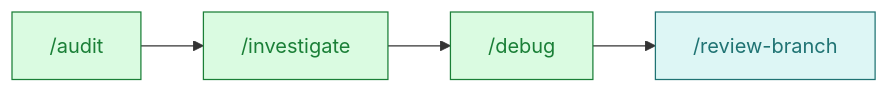
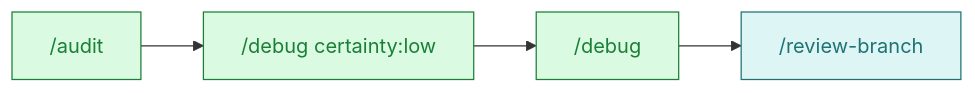
One commit to DoctorMozg/claude-pipelines changed the fourth of 9 diagrams in README.md. Above: the diagram before and after it, drawn with Mermaid. The commit also changed other lines of this file, not shown here.

````diff
--- a/README.md
+++ b/README.md
@@ -69,8 +71,8 @@
 ```mermaid
 flowchart LR
-    A["/audit"]:::pipe --> B["/investigate"]:::pipe
+    A["/audit"]:::pipe --> B["/debug certainty:low"]:::pipe
     B --> C["/debug"]:::pipe
     C --> D["/review-branch"]:::git
     classDef pipe fill:#dafbe1,stroke:#1a7f37,color:#1a7f37
     classDef git fill:#ddf6f5,stroke:#1f7373,color:#1f7373
 ```
````
